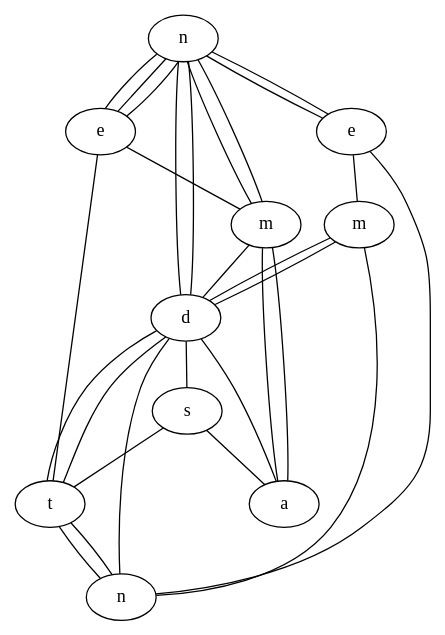
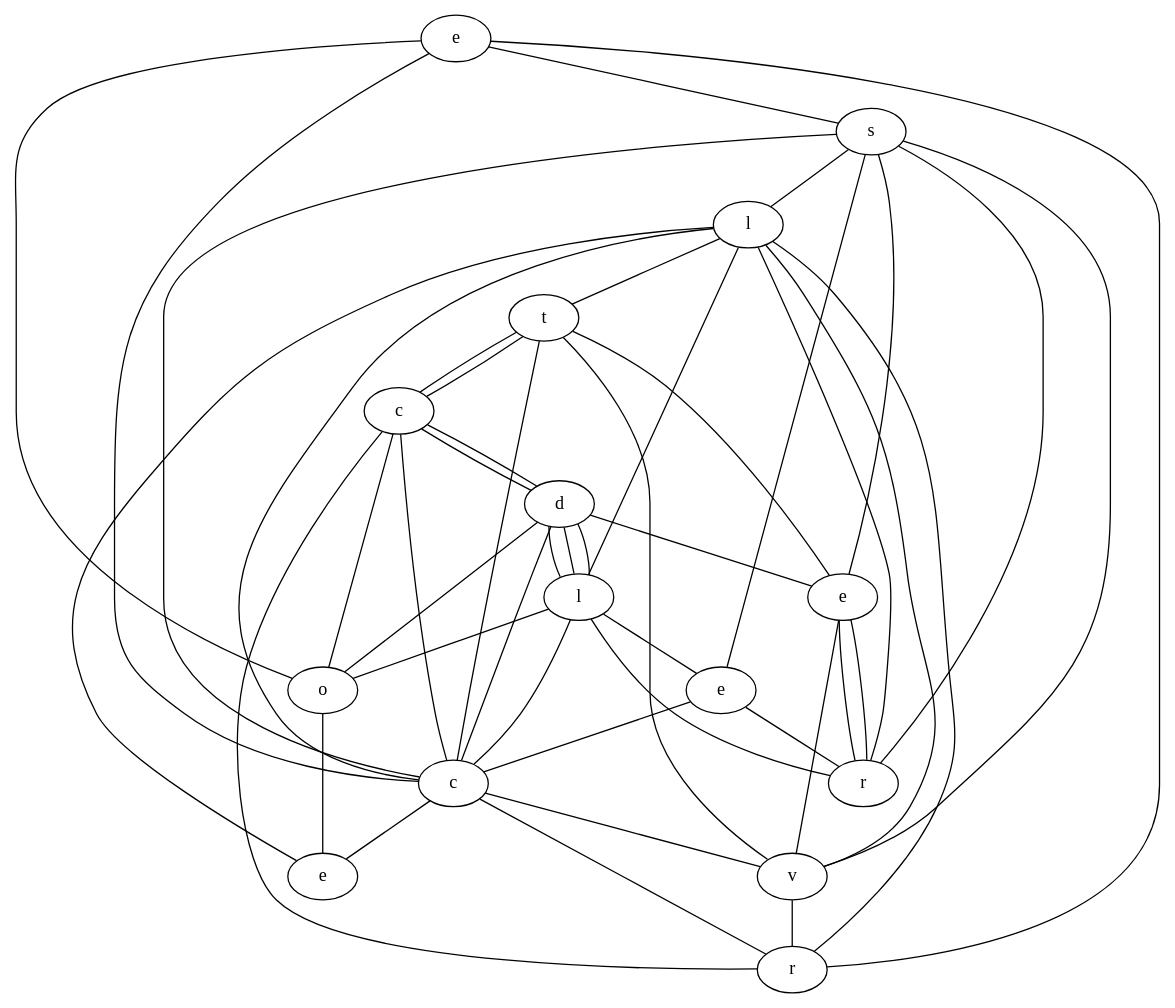
The diagram in NPC/tst/hint.dot (znichola/google-ctf), drawn with Graphviz before and after one commit. The commit also changed 3 other files, not shown here.

```diff
--- a/NPC/tst/hint.dot
+++ b/NPC/tst/hint.dot
@@ -1,40 +1,64 @@
 graph {
-    1050233245 [label=n];
-    2922322 [label=m];
-    1053377398 [label=a];
-    338250973 [label=e];
-    799334159 [label=s];
-    467853316 [label=t];
-    931662101 [label=m];
-    979022441 [label=n];
-    801072033 [label=e];
-    551116825 [label=d];
-    931662101 -- 1050233245;
-    931662101 -- 1053377398;
-    1050233245 -- 338250973;
-    799334159 -- 1053377398;
-    551116825 -- 799334159;
-    931662101 -- 1053377398;
-    551116825 -- 1050233245;
-    338250973 -- 2922322;
-    799334159 -- 467853316;
-    1050233245 -- 801072033;
-    1050233245 -- 551116825;
-    801072033 -- 1050233245;
-    801072033 -- 931662101;
-    979022441 -- 338250973;
-    801072033 -- 467853316;
-    1050233245 -- 338250973;
-    551116825 -- 467853316;
-    931662101 -- 551116825;
-    1053377398 -- 551116825;
-    467853316 -- 979022441;
-    2922322 -- 979022441;
-    1050233245 -- 931662101;
-    551116825 -- 2922322;
-    467853316 -- 551116825;
-    801072033 -- 1050233245;
-    467853316 -- 979022441;
-    2922322 -- 551116825;
-    551116825 -- 979022441;
+    390015863 [label=e];
+    787531142 [label=l];
+    378198415 [label=s];
+    944233259 [label=d];
+    605913341 [label=c];
+    609074135 [label=v];
+    292847615 [label=e];
+    576503009 [label=t];
+    514518825 [label=r];
+    433660778 [label=o];
+    132512237 [label=e];
+    512243689 [label=c];
+    386682038 [label=l];
+    390665708 [label=r];
+    504700872 [label=e];
+    378198415 -- 609074135;
+    386682038 -- 944233259;
+    433660778 -- 605913341;
+    944233259 -- 504700872;
+    132512237 -- 512243689;
+    378198415 -- 390665708;
+    512243689 -- 944233259;
+    504700872 -- 390665708;
+    504700872 -- 609074135;
+    944233259 -- 386682038;
+    514518825 -- 605913341;
+    787531142 -- 390665708;
+    512243689 -- 378198415;
+    433660778 -- 944233259;
+    433660778 -- 292847615;
+    512243689 -- 514518825;
+    386682038 -- 132512237;
+    292847615 -- 787531142;
+    576503009 -- 605913341;
+    390015863 -- 378198415;
+    576503009 -- 609074135;
+    390665708 -- 386682038;
+    512243689 -- 609074135;
+    378198415 -- 787531142;
+    605913341 -- 944233259;
+    605913341 -- 944233259;
+    944233259 -- 386682038;
+    514518825 -- 390015863;
+    609074135 -- 514518825;
+    514518825 -- 787531142;
+    512243689 -- 292847615;
+    132512237 -- 390665708;
+    504700872 -- 390665708;
+    787531142 -- 576503009;
+    609074135 -- 787531142;
+    605913341 -- 512243689;
+    390015863 -- 512243689;
+    378198415 -- 132512237;
+    787531142 -- 512243689;
+    576503009 -- 605913341;
+    386682038 -- 512243689;
+    576503009 -- 504700872;
+    787531142 -- 386682038;
+    386682038 -- 433660778;
+    576503009 -- 512243689;
+    433660778 -- 390015863;
+    378198415 -- 504700872;
 }
```
